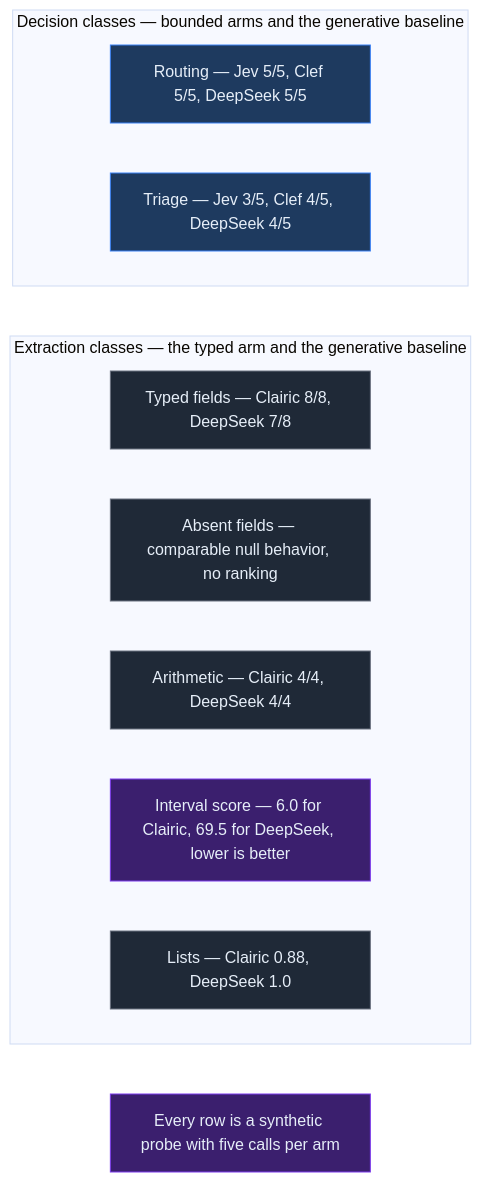
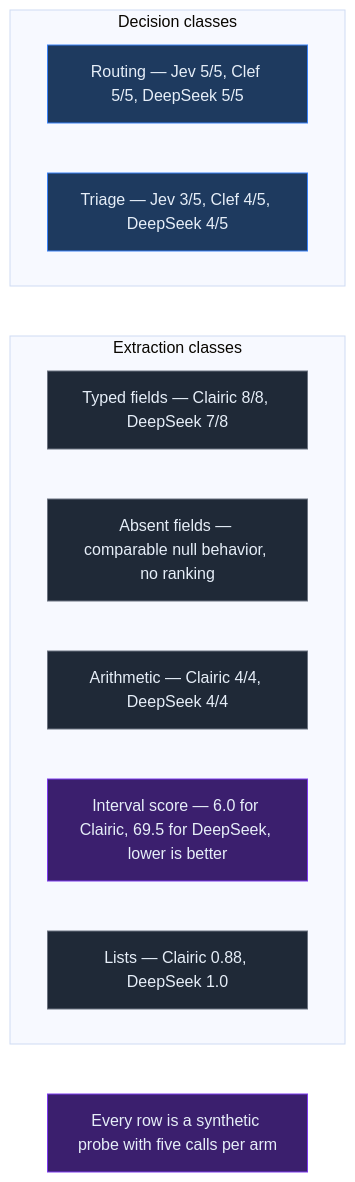
One commit to rmax-ai/rmax-ai.github.io changed the second of 2 diagrams in notes/specialized-inference-is-not-a-smaller-llm/index.md. Above: the diagram before and after it, drawn with Mermaid (base theme). The commit also changed other lines of this file and 1 other file, not shown here.

Commit message:
fix(note): shorten Figure 2 subgraph labels and add modified_time
Subgraph titles overflowed the SVG width at desktop. Shorten the titles to
'Decision classes' and 'Extraction classes', carry the arm mapping in the
caption, and add the article:modified_time meta tag.

````diff
--- a/notes/specialized-inference-is-not-a-smaller-llm/index.md
+++ b/notes/specialized-inference-is-not-a-smaller-llm/index.md
@@ -82,22 +82,22 @@
 ```mermaid
 flowchart TD
-    subgraph DEC["Decision classes — bounded arms and the generative baseline"]
+    subgraph DEC["Decision classes"]
         R1["Routing — Jev 5/5, Clef 5/5, DeepSeek 5/5"]
         R2["Triage — Jev 3/5, Clef 4/5, DeepSeek 4/5"]
     end
-    subgraph EXT["Extraction classes — the typed arm and the generative baseline"]
+    subgraph EXT["Extraction classes"]
         R3["Typed fields — Clairic 8/8, DeepSeek 7/8"]
         R4["Absent fields — comparable null behavior, no ranking"]
         R5["Arithmetic — Clairic 4/4, DeepSeek 4/4"]
         R6["Interval score — 6.0 for Clairic, 69.5 for DeepSeek, lower is better"]
         R7["Lists — Clairic 0.88, DeepSeek 1.0"]
     end
     DEC ~~~ EXT
     EXT ~~~ C["Every row is a synthetic probe with five calls per arm"]
     classDef neutral fill:#1f2937,stroke:#6b7280,color:#e6eef8
     classDef blue fill:#1e3a5f,stroke:#3b82f6,color:#e6eef8
     classDef purple fill:#3b1f6e,stroke:#7c3aed,color:#e6eef8
     class R1,R2 blue
     class R3,R4,R5,R7 neutral
     class R6,C purple
 ```
````
